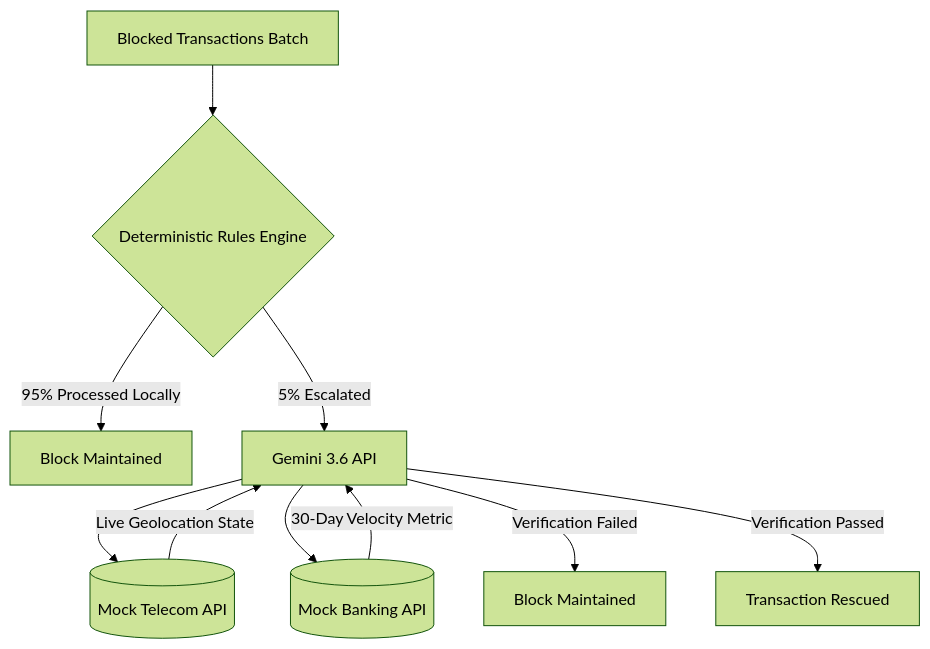
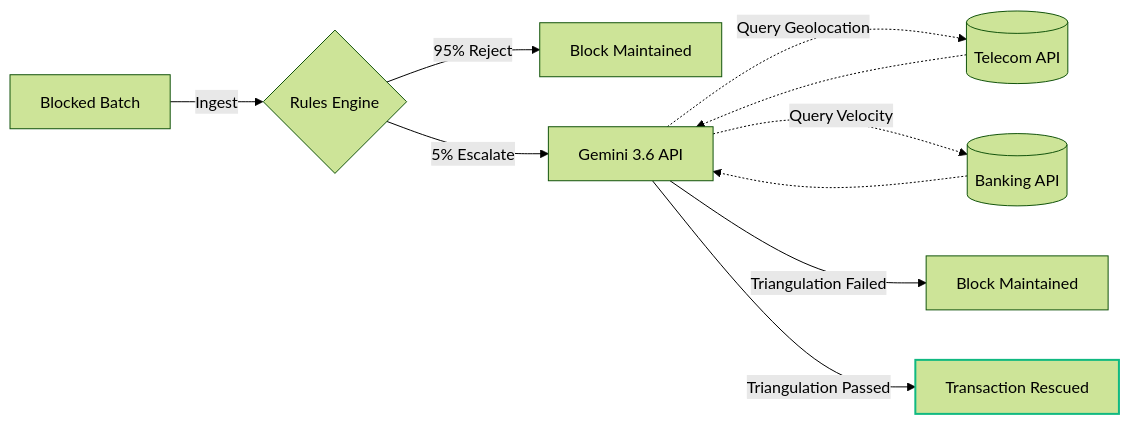
The diagram in README.md (aroradipraa/false-positive-rescue), drawn with Mermaid (forest theme) before and after one commit. The commit also changed other lines of this file, not shown here.

Commit message:
docs: update project title, dataset schema, and optimize flowchart layout

````diff
--- a/README.md
+++ b/README.md
@@ -29,15 +33,16 @@
 ```mermaid
-graph TD
-    A[Blocked Transactions Batch] --> B{Deterministic Rules Engine}
-    B -- 95% Processed Locally --> C[Block Maintained]
-    B -- 5% Escalated --> D[Gemini 3.6 API]
+graph LR
+    A[Blocked Batch] -->|Ingest| B{Rules Engine}
+    B -->|95% Reject| C[Block Maintained]
+    B -->|5% Escalate| D[Gemini 3.6 API]
     
-    D --> E[(Mock Telecom API)]
-    D --> F[(Mock Banking API)]
+    D -.->|Query Geolocation| E[(Telecom API)]
+    D -.->|Query Velocity| F[(Banking API)]
+    E -.-> D
+    F -.-> D
     
-    E -- Live Geolocation State --> D
-    F -- 30-Day Velocity Metric --> D
+    D -->|Triangulation Failed| G[Block Maintained]
+    D -->|Triangulation Passed| H[Transaction Rescued]
     
-    D -- Verification Failed --> G[Block Maintained]
-    D -- Verification Passed --> H[Transaction Rescued]
+    style H stroke:#10b981,stroke-width:2px
 ```
````
